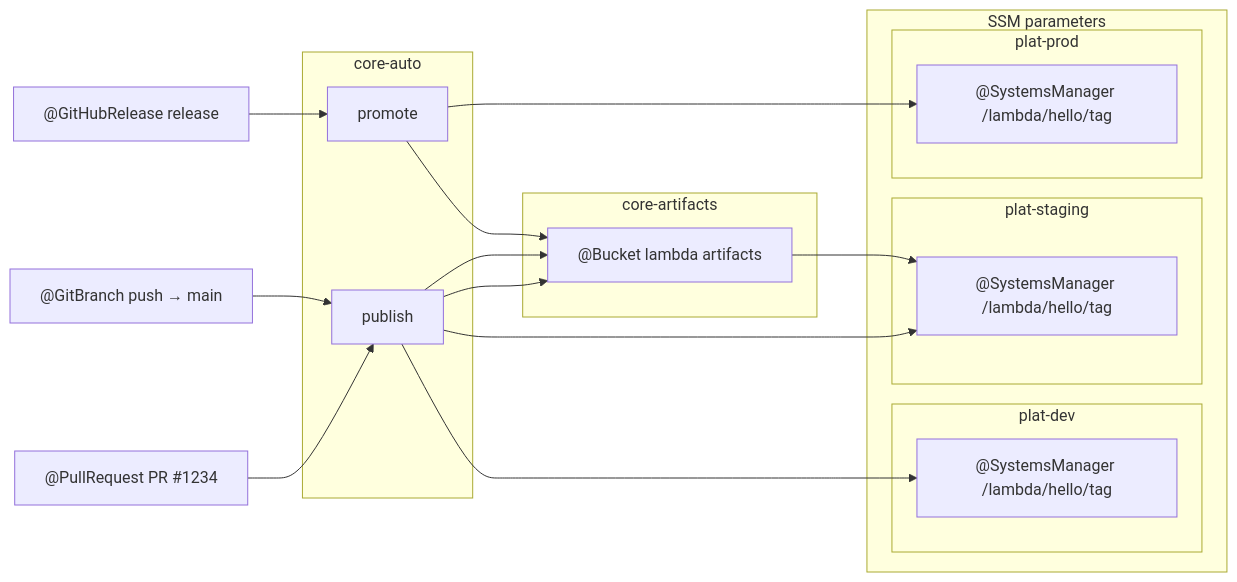
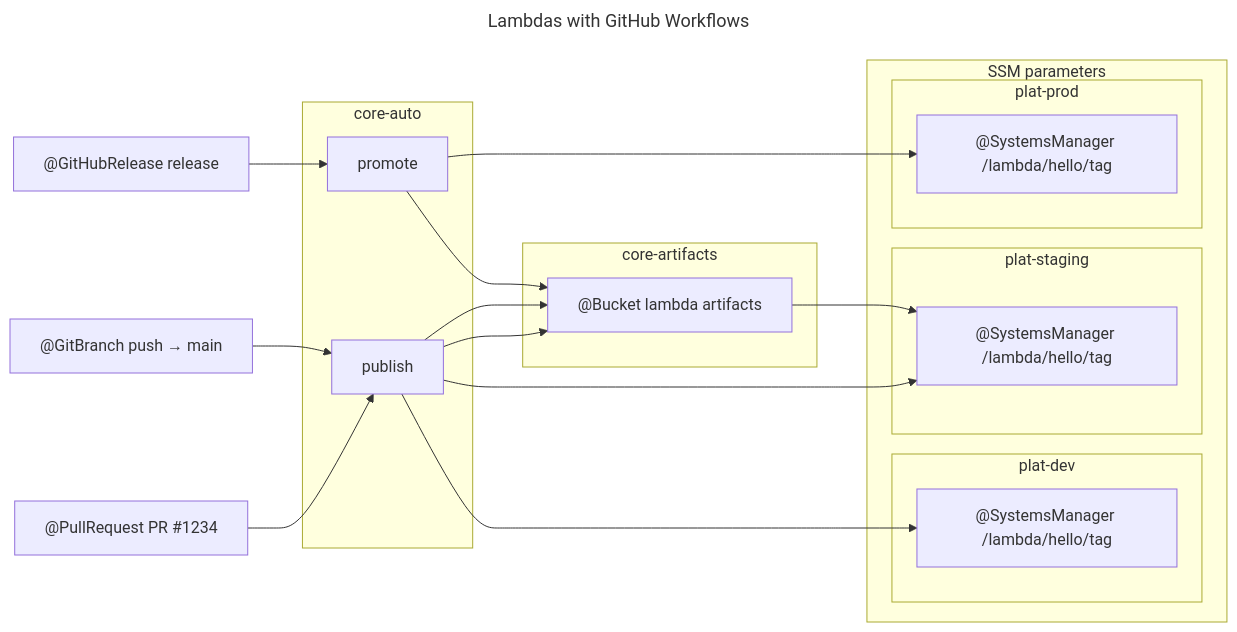
One commit to cloudposse/docs changed the diagram in docs/layers/software-delivery/lambda/lambda.mdx. Above: the diagram before and after it, drawn with Mermaid. The commit also changed 2 other files, not shown here.

Commit message:
move defaults into docusarus config and mermaid component

````diff
--- a/docs/layers/software-delivery/lambda/lambda.mdx
+++ b/docs/layers/software-delivery/lambda/lambda.mdx
@@ -18,32 +18,37 @@
 ```mermaid
+---
+title: Lambdas with GitHub Workflows
+---
+
 flowchart LR
+
     subgraph core-auto
         publish["publish"]
         promote["promote"]
     end
 
     subgraph core-artifacts
         artifacts_bucket["@Bucket lambda artifacts"]
     end
 
     subgraph "SSM parameters"
         subgraph "plat-dev"
             dev_lambda_tag["@SystemsManager /lambda/hello/tag"]
         end
         subgraph "plat-staging"
             staging_lambda_tag["@SystemsManager /lambda/hello/tag"]
         end
         subgraph "plat-prod"
             prod_lambda_tag["@SystemsManager /lambda/hello/tag"]
         end
     end
 
     pr["@PullRequest PR #1234 "] --> publish --> artifacts_bucket
     publish --> dev_lambda_tag
     push["@GitBranch push → main"] --> publish --> artifacts_bucket
     publish --> staging_lambda_tag
     release["@GitHubRelease release"] --> promote
     promote --> artifacts_bucket
     promote --> prod_lambda_tag
     artifacts_bucket --> staging_lambda_tag
 ```
````
